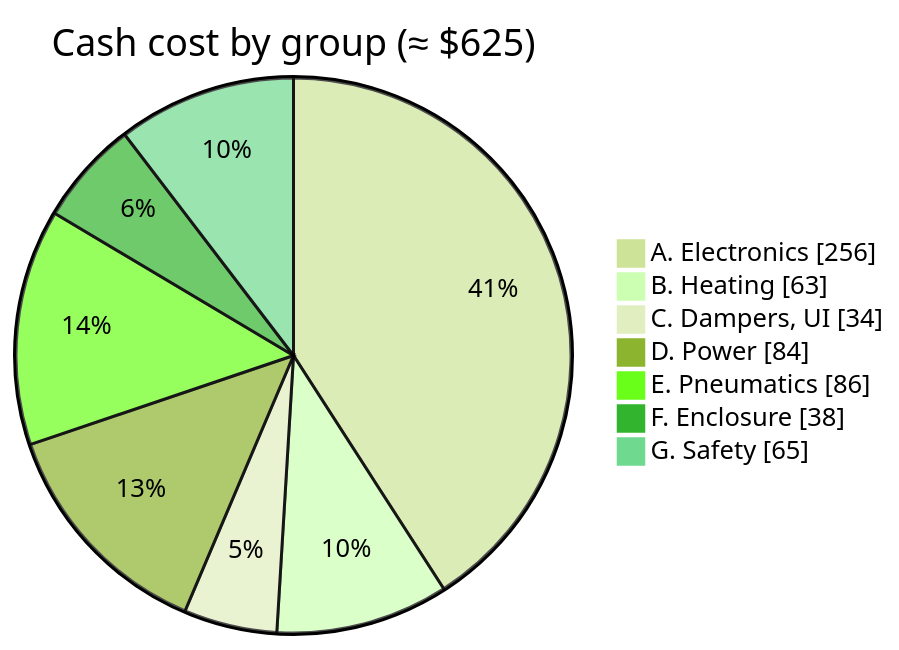
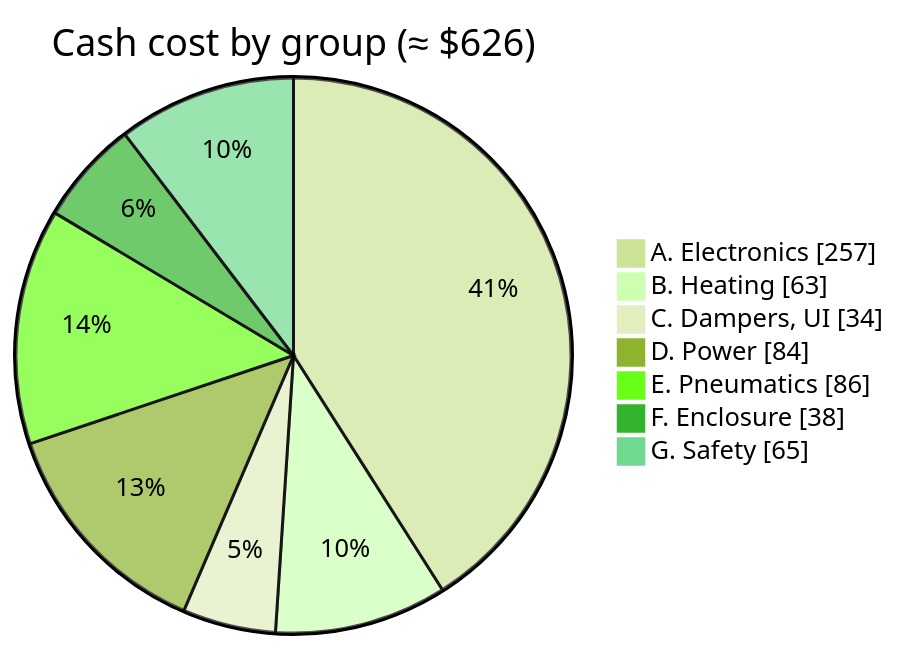
Before and after one commit to BashfulBits/3dp-fleet-exhaust: the diagram in docs/03_bill_of_materials.md, drawn with Mermaid (forest theme). The commit also changed other lines of this file and 6 other files, not shown here.

````diff
--- a/docs/03_bill_of_materials.md
+++ b/docs/03_bill_of_materials.md
@@ -28,11 +28,11 @@
 ```mermaid
 pie showData
-  title Cash cost by group (≈ $625)
-  "A. Electronics" : 256
+  title Cash cost by group (≈ $626)
+  "A. Electronics" : 257
   "B. Heating" : 63
   "C. Dampers, UI" : 34
   "D. Power" : 84
   "E. Pneumatics" : 86
   "F. Enclosure" : 38
   "G. Safety" : 65
 ```
````
